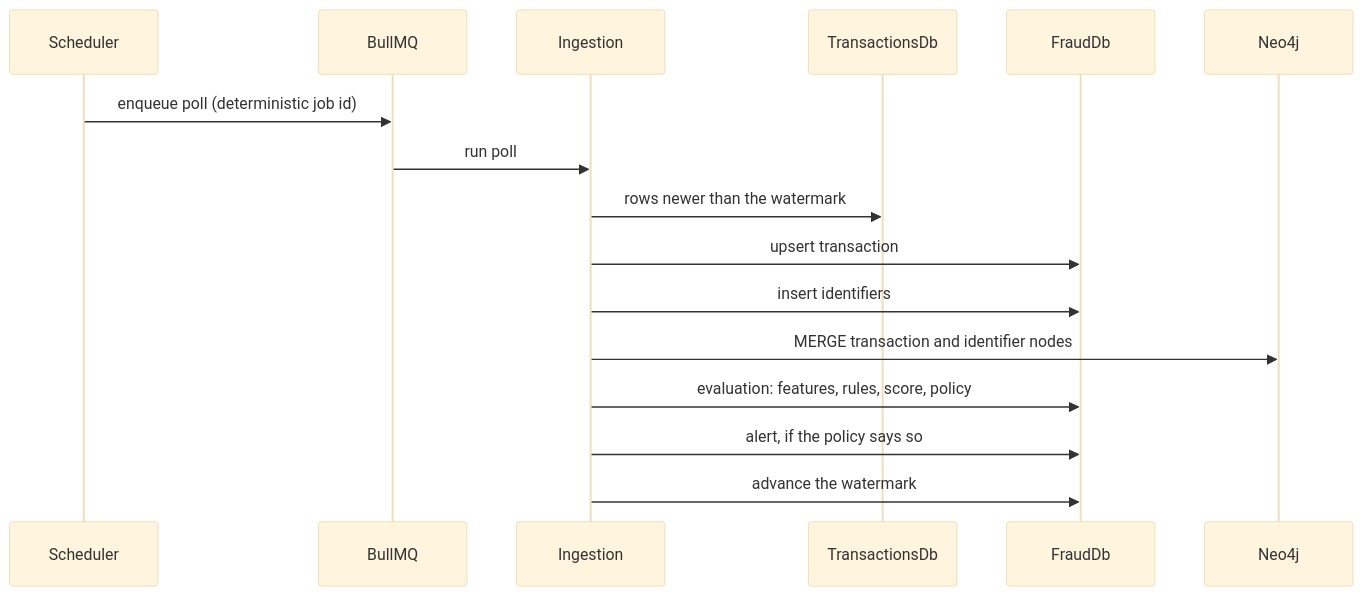
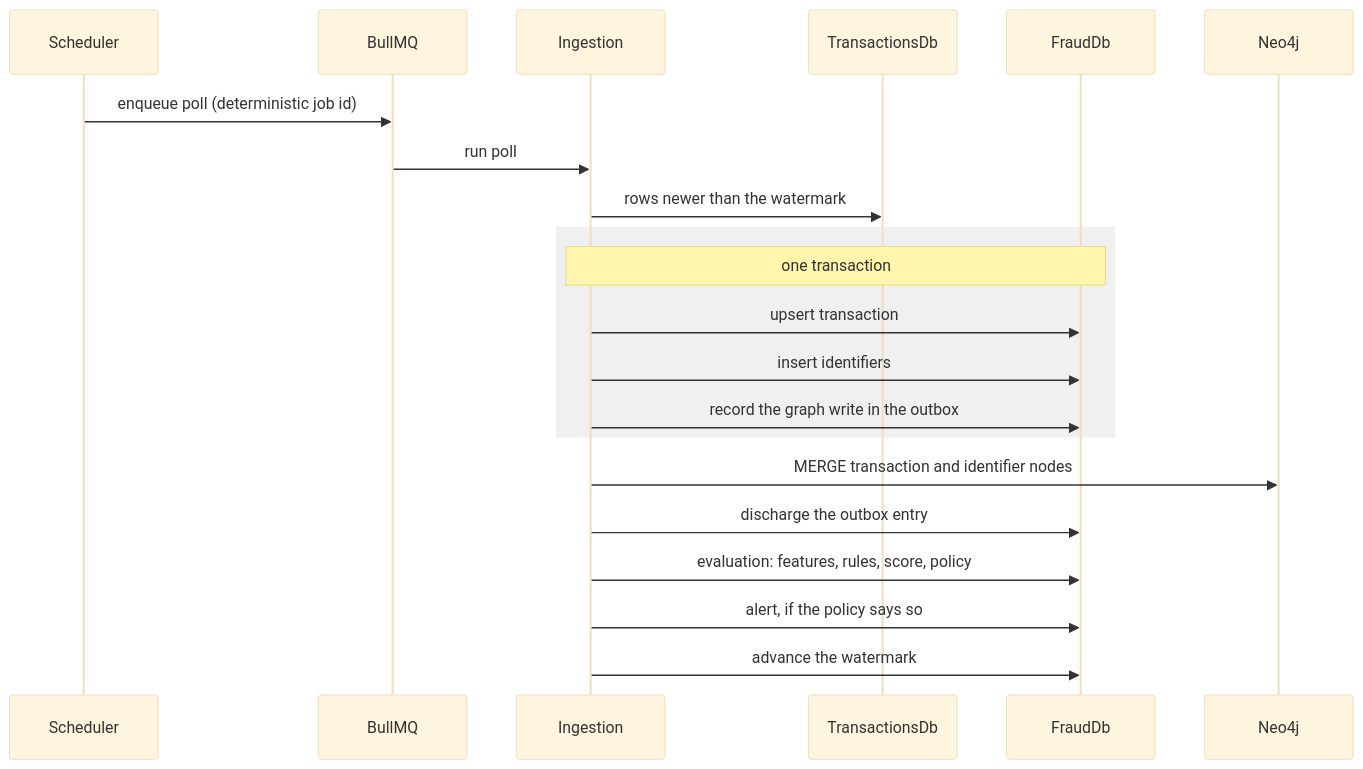
Before and after one commit to 11-1111/scamurai-fraud-detection-platform: the second of 2 diagrams in docs/architecture/README.md, drawn with Mermaid (base theme). The commit also changed other lines of this file, not shown here.

First line of the commit message:
docs: describe the graph outbox and correct the known gaps

````diff
--- a/docs/architecture/README.md
+++ b/docs/architecture/README.md
@@ -37,19 +37,24 @@
 ```mermaid
 sequenceDiagram
     participant Cron as Scheduler
     participant Queue as BullMQ
     participant Ing as Ingestion
     participant Src as TransactionsDb
     participant Fraud as FraudDb
     participant Graph as Neo4j
 
     Cron->>Queue: enqueue poll (deterministic job id)
     Queue->>Ing: run poll
     Ing->>Src: rows newer than the watermark
+    rect rgb(240, 240, 240)
+    note over Ing,Fraud: one transaction
     Ing->>Fraud: upsert transaction
     Ing->>Fraud: insert identifiers
+    Ing->>Fraud: record the graph write in the outbox
+    end
     Ing->>Graph: MERGE transaction and identifier nodes
+    Ing->>Fraud: discharge the outbox entry
     Ing->>Fraud: evaluation: features, rules, score, policy
     Ing->>Fraud: alert, if the policy says so
     Ing->>Fraud: advance the watermark
 ```
````
